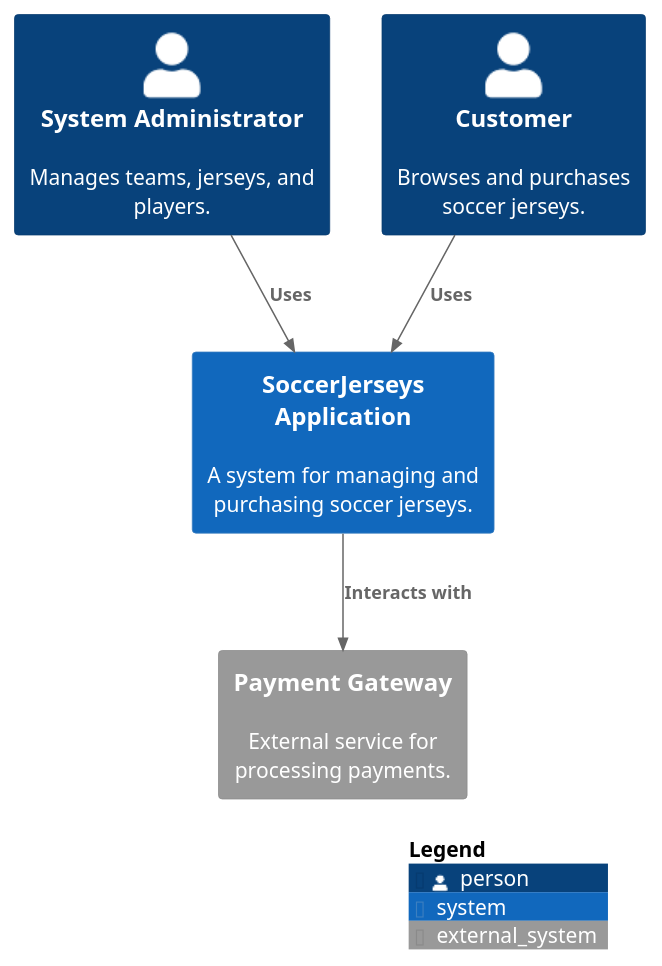
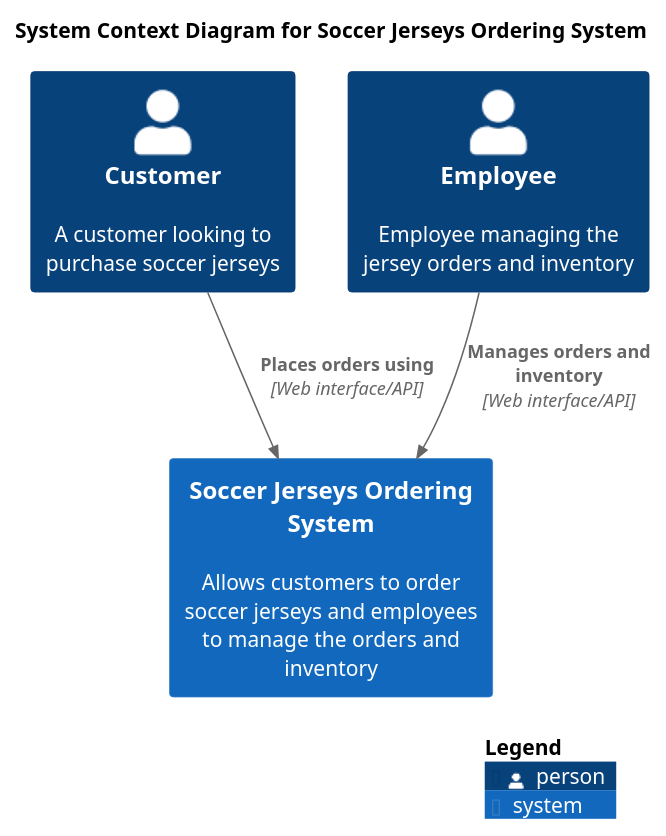
The diagram in documentation/diagrams/c4level1.puml (MercuryAtom31/SoccerJerseysApplication-ms-2), drawn with PlantUML before and after one commit. The commit also changed other lines of this file and 7 other files, not shown here.

```diff
--- a/documentation/diagrams/c4level1.puml
+++ b/documentation/diagrams/c4level1.puml
@@ -1,17 +1,14 @@
-@startuml C4_Container_Diagram
-!includeurl https://raw.githubusercontent.com/plantuml-stdlib/C4-PlantUML/master/C4_Context.puml
+@startuml
+!includeurl https://raw.githubusercontent.com/RicardoNiepel/C4-PlantUML/master/C4_Context.puml
 
-LAYOUT_WITH_LEGEND()
+title System Context Diagram for Soccer Jerseys Ordering System
 
-Person(admin, "System Administrator", "Manages teams, jerseys, and players.")
-Person(customer, "Customer", "Browses and purchases soccer jerseys.")
-System(soccerJerseys, "SoccerJerseys Application", "A system for managing and purchasing soccer jerseys.")
+Person(customer, "Customer", "A customer looking to purchase soccer jerseys")
+Person(employee, "Employee", "Employee managing the jersey orders and inventory")
+System(orders_system, "Soccer Jerseys Ordering System", "Allows customers to order soccer jerseys and employees to manage the orders and inventory")
 
-System_Ext(paymentGateway, "Payment Gateway", "External service for processing payments.")
-
-Rel(admin, soccerJerseys, "Uses")
-Rel(customer, soccerJerseys, "Uses")
-Rel(soccerJerseys, paymentGateway, "Interacts with")
+Rel(customer, orders_system, "Places orders using", "Web interface/API")
+Rel(employee, orders_system, "Manages orders and inventory", "Web interface/API")
 
 SHOW_LEGEND()
 @enduml
```
